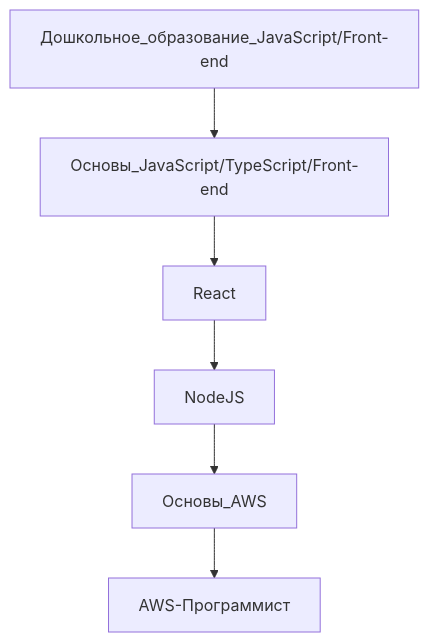
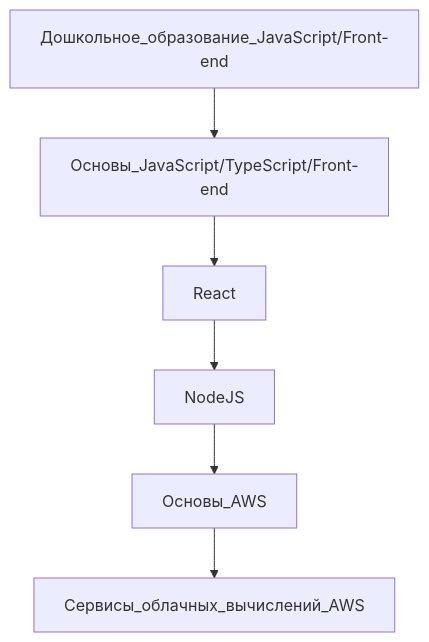
One commit to webdevelopedu/webdevelopedu changed the diagram in README.md. Above: the diagram before and after it, drawn with Mermaid.

````diff
--- a/README.md
+++ b/README.md
@@ -26,8 +26,8 @@
 ```mermaid
 graph TD;
     Дошкольное_образование_JavaScript/Front-end-->Основы_JavaScript/TypeScript/Front-end;
     Основы_JavaScript/TypeScript/Front-end-->React;
     React-->NodeJS;
     NodeJS-->Основы_AWS;
-    Основы_AWS-->AWS-Программист;
+    Основы_AWS-->Сервисы_облачных_вычислений_AWS;
 ```
````
